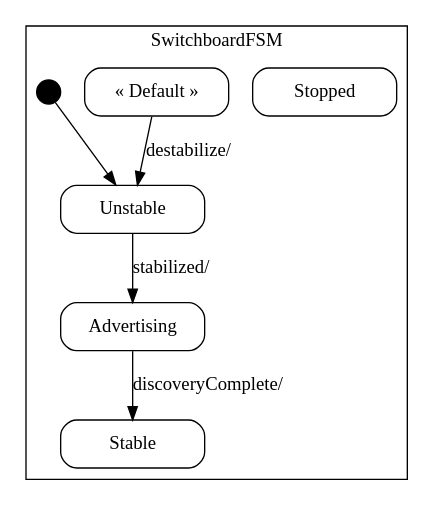
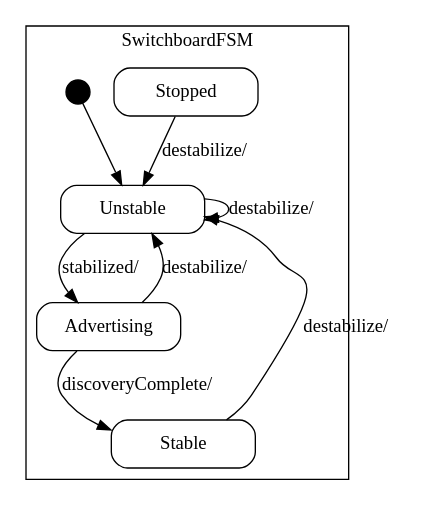
The diagram in common/doc/Switchboard_sm.dot (vmehra-sfdc/Ouroboros), drawn with Graphviz before and after one commit. The commit also changed 37 other files, not shown here.

```diff
--- a/common/doc/Switchboard_sm.dot
+++ b/common/doc/Switchboard_sm.dot
@@ -1,48 +1,54 @@
-digraph Switchboard_sm {
+digraph Switchboard {
 
     node
         [shape=Mrecord width=1.5];
 
     subgraph cluster_SwitchboardFSM {
 
         label="SwitchboardFSM";
 
         //
         // States (Nodes)
         //
 
         "SwitchboardFSM::Unstable"
             [label="{Unstable}"];
 
         "SwitchboardFSM::Stable"
             [label="{Stable}"];
 
         "SwitchboardFSM::Advertising"
             [label="{Advertising}"];
 
         "SwitchboardFSM::Stopped"
             [label="{Stopped}"];
 
-        "SwitchboardFSM::DefaultState"
-            [label="{&laquo; Default &raquo;}"];
-
         "%start"
             [label="" shape=circle style=filled fillcolor=black width=0.25];
 
         //
         // Transitions (Edges)
         //
 
         "SwitchboardFSM::Unstable" -> "SwitchboardFSM::Advertising"
             [label="stabilized/\l"];
 
+        "SwitchboardFSM::Unstable" -> "SwitchboardFSM::Unstable"
+            [label="destabilize/\l"];
+
+        "SwitchboardFSM::Stable" -> "SwitchboardFSM::Unstable"
+            [label="destabilize/\l"];
+
         "SwitchboardFSM::Advertising" -> "SwitchboardFSM::Stable"
             [label="discoveryComplete/\l"];
 
-        "SwitchboardFSM::DefaultState" -> "SwitchboardFSM::Unstable"
+        "SwitchboardFSM::Advertising" -> "SwitchboardFSM::Unstable"
+            [label="destabilize/\l"];
+
+        "SwitchboardFSM::Stopped" -> "SwitchboardFSM::Unstable"
             [label="destabilize/\l"];
 
         "%start" -> "SwitchboardFSM::Unstable"
     }
 
 }
```
